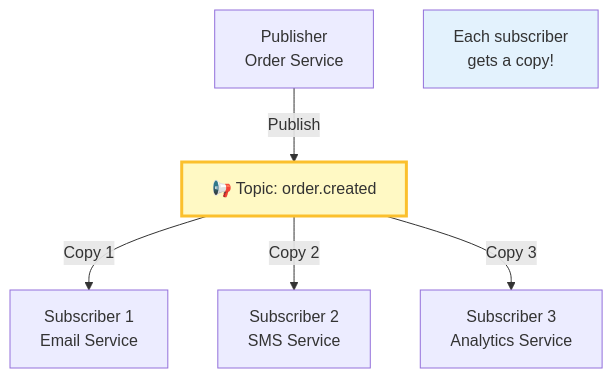
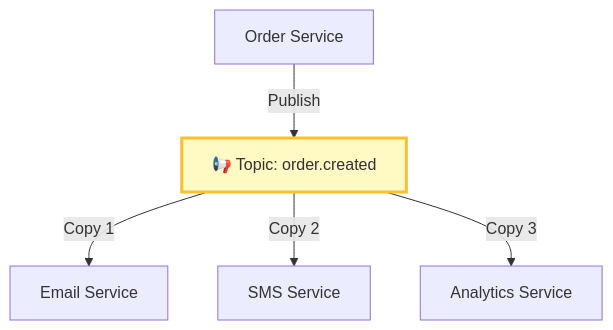
Before and after one commit to p1kmr/for-reading: the sixth of 11 diagrams in HLD/foundation/04_message-queues.md, drawn with Mermaid. The commit also changed other lines of this file and 2 other files, not shown here.

Commit message:
Fix Mermaid rendering issues in Databases and Message Queues guides by simplifying complex diagrams

````diff
--- a/HLD/foundation/04_message-queues.md
+++ b/HLD/foundation/04_message-queues.md
@@ -163,21 +153,17 @@
 ```mermaid
 graph TB
-    Publisher[Publisher<br/>Order Service]
-
+    Publisher[Order Service]
     Topic[📢 Topic: order.created]
 
-    Sub1[Subscriber 1<br/>Email Service]
-    Sub2[Subscriber 2<br/>SMS Service]
-    Sub3[Subscriber 3<br/>Analytics Service]
+    Sub1[Email Service]
+    Sub2[SMS Service]
+    Sub3[Analytics Service]
 
     Publisher -->|Publish| Topic
 
     Topic -->|Copy 1| Sub1
     Topic -->|Copy 2| Sub2
     Topic -->|Copy 3| Sub3
 
-    Note[Each subscriber<br/>gets a copy!]
-
     style Topic fill:#fff9c4,stroke:#fbc02d,stroke-width:3px
-    style Note fill:#e3f2fd
 ```
````
